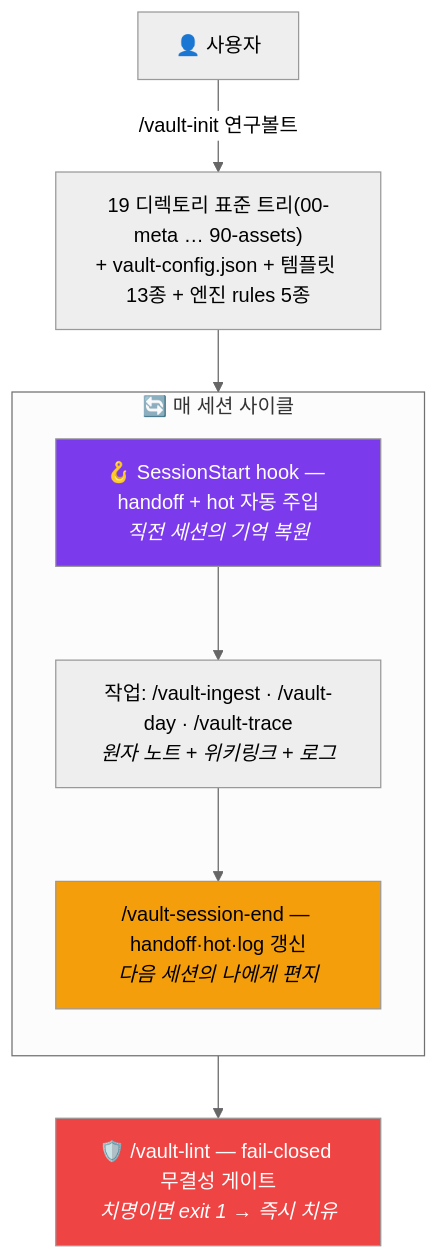
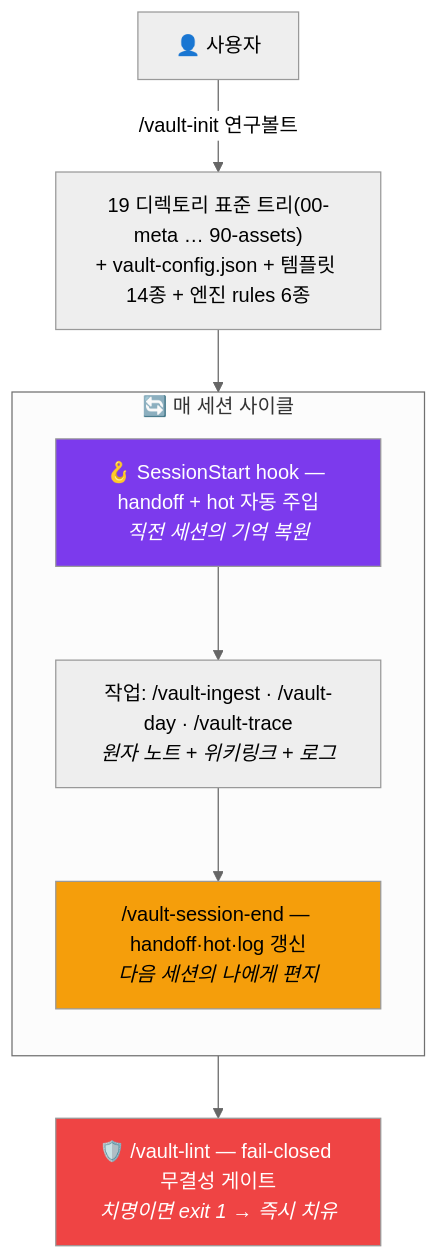
The first of 5 diagrams in README.md (Technoetic/agentic-vault), drawn with Mermaid (neutral theme) before and after one commit. The commit also changed other lines of this file and 12 other files, not shown here.

````diff
--- a/README.md
+++ b/README.md
@@ -39,17 +41,17 @@
 ```mermaid
 flowchart TB
-    U["👤 사용자"] -- "/vault-init 연구볼트" --> T["19 디렉토리 표준 트리(00-meta … 90-assets)<br/>+ vault-config.json + 템플릿 13종 + 엔진 rules 5종"]
+    U["👤 사용자"] -- "/vault-init 연구볼트" --> T["19 디렉토리 표준 트리(00-meta … 90-assets)<br/>+ vault-config.json + 템플릿 14종 + 엔진 rules 6종"]
     subgraph CYCLE["🔄 매 세션 사이클"]
         direction TB
         H["🪝 SessionStart hook — handoff + hot 자동 주입<br/><i>직전 세션의 기억 복원</i>"]
         W["작업: /vault-ingest · /vault-day · /vault-trace<br/><i>원자 노트 + 위키링크 + 로그</i>"]
         E["/vault-session-end — handoff·hot·log 갱신<br/><i>다음 세션의 나에게 편지</i>"]
         H --> W --> E
     end
     T --> CYCLE
     CYCLE --> L["🛡️ /vault-lint — fail-closed 무결성 게이트<br/><i>치명이면 exit 1 → 즉시 치유</i>"]
 
     style H fill:#7C3AED,color:#fff
     style E fill:#F59E0B,color:#000
     style L fill:#EF4444,color:#fff
 ```
````
